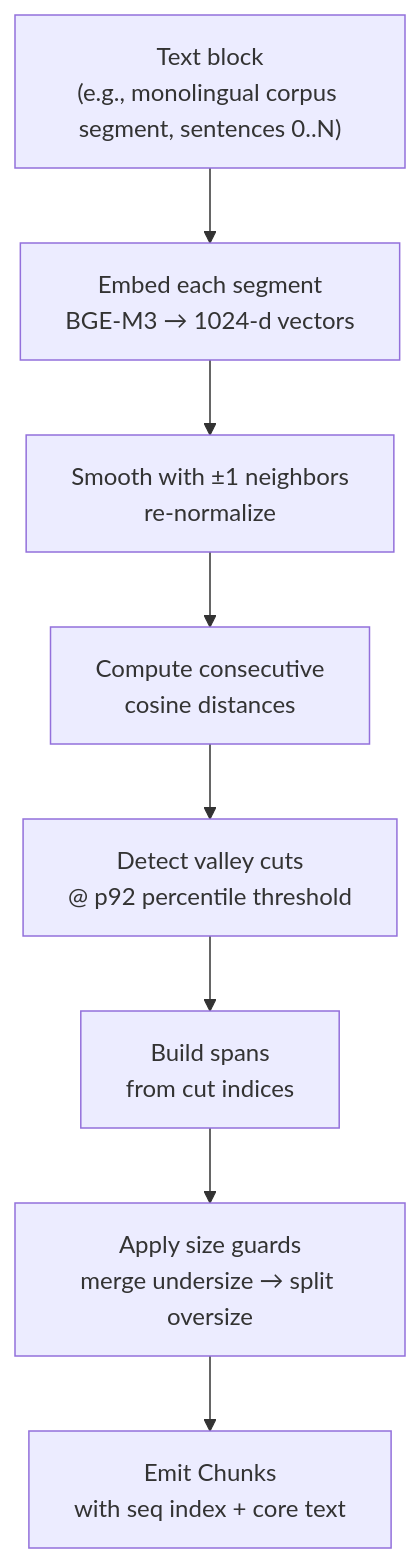
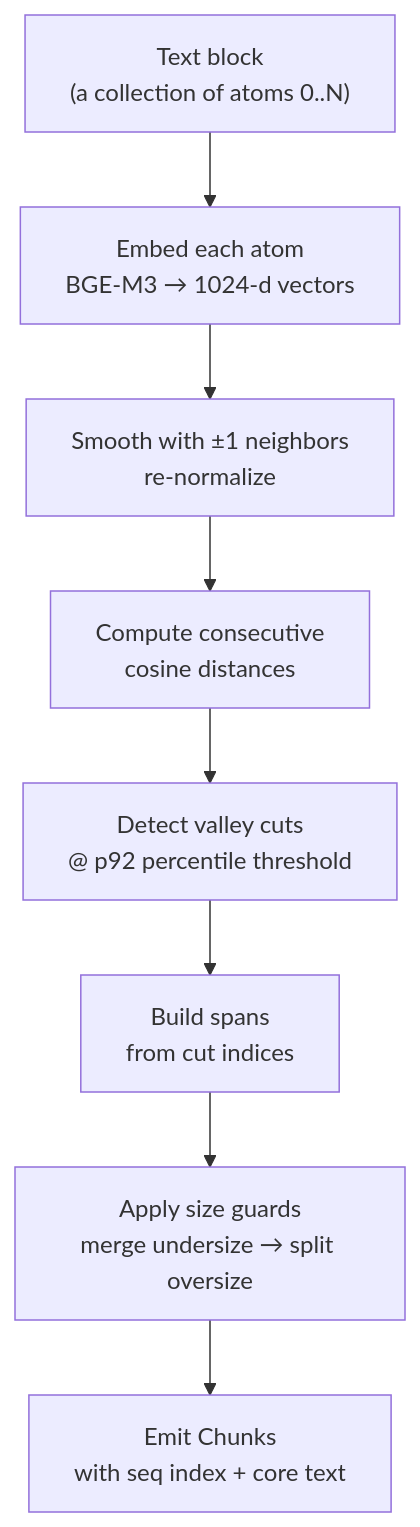
Before and after one commit to amit-upadhyay-IT/blog.dwar-ai.org: the third of 16 diagrams in src/content/docs/amit/blog-semantic-chunking-valley-detection.md, drawn with Mermaid. The commit also changed other lines of this file, not shown here.

````diff
--- a/src/content/docs/amit/blog-semantic-chunking-valley-detection.md
+++ b/src/content/docs/amit/blog-semantic-chunking-valley-detection.md
@@ -100,13 +90,13 @@
 ```mermaid
 flowchart TD
-    A["Text block\n(e.g., monolingual corpus segment, sentences 0..N)"]
-    B["Embed each segment\nBGE-M3 → 1024-d vectors"]
+    A["Text block\n(a collection of atoms 0..N)"]
+    B["Embed each atom\nBGE-M3 → 1024-d vectors"]
     C["Smooth with ±1 neighbors\nre-normalize"]
     D["Compute consecutive\ncosine distances"]
     E["Detect valley cuts\n@ p92 percentile threshold"]
     F["Build spans\nfrom cut indices"]
     G["Apply size guards\nmerge undersize → split oversize"]
     H["Emit Chunks\nwith seq index + core text"]
 
     A --> B --> C --> D --> E --> F --> G --> H
 ```
````
